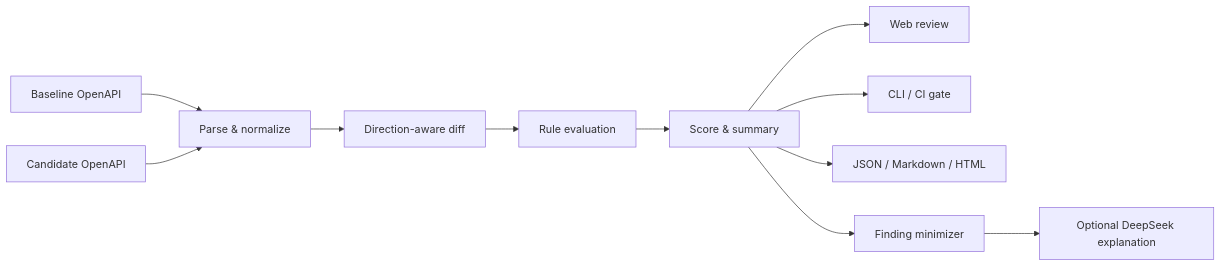
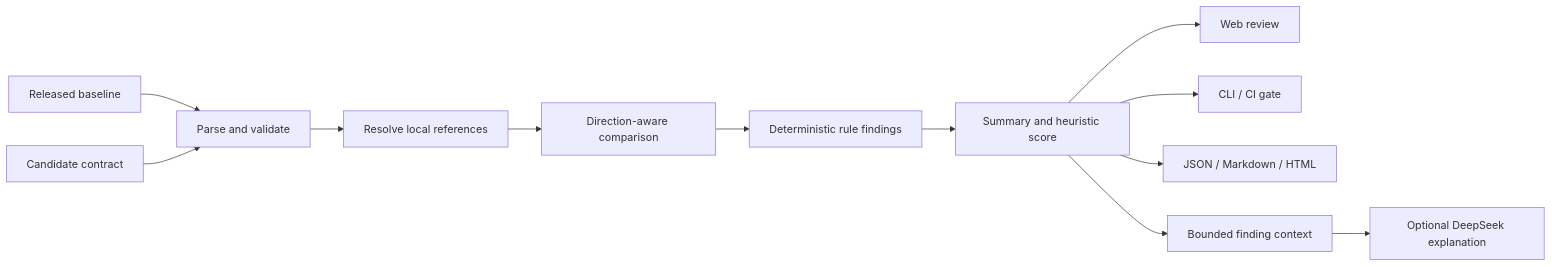
One commit to mingxian233/ContractGuard changed the diagram in docs/project-overview.md. Above: the diagram before and after it, drawn with Mermaid. The commit also changed other lines of this file and 34 other files, not shown here.

````diff
--- a/docs/project-overview.md
+++ b/docs/project-overview.md
@@ -65,13 +88,14 @@
 ```mermaid
 flowchart LR
-    A[Baseline OpenAPI] --> P[Parse & normalize]
-    B[Candidate OpenAPI] --> P
-    P --> D[Direction-aware diff]
-    D --> R[Rule evaluation]
-    R --> S[Score & summary]
+    A[Released baseline] --> P[Parse and validate]
+    B[Candidate contract] --> P
+    P --> L[Resolve local references]
+    L --> D[Direction-aware comparison]
+    D --> R[Deterministic rule findings]
+    R --> S[Summary and heuristic score]
     S --> W[Web review]
     S --> C[CLI / CI gate]
     S --> E[JSON / Markdown / HTML]
-    S --> M[Finding minimizer]
+    S --> M[Bounded finding context]
     M --> AI[Optional DeepSeek explanation]
 ```
````
